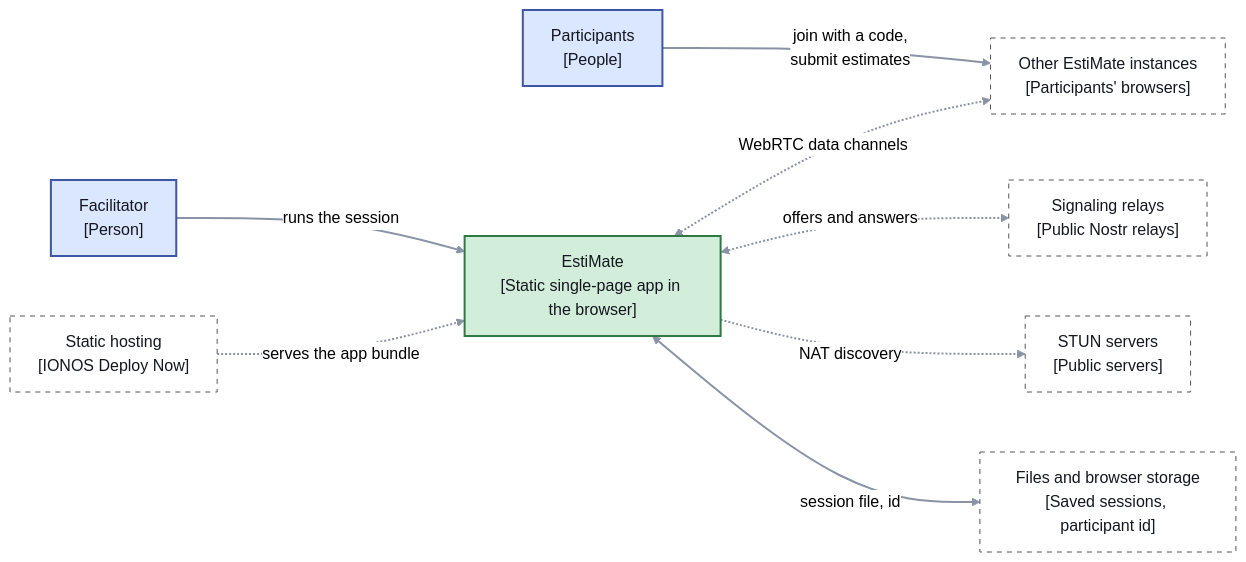
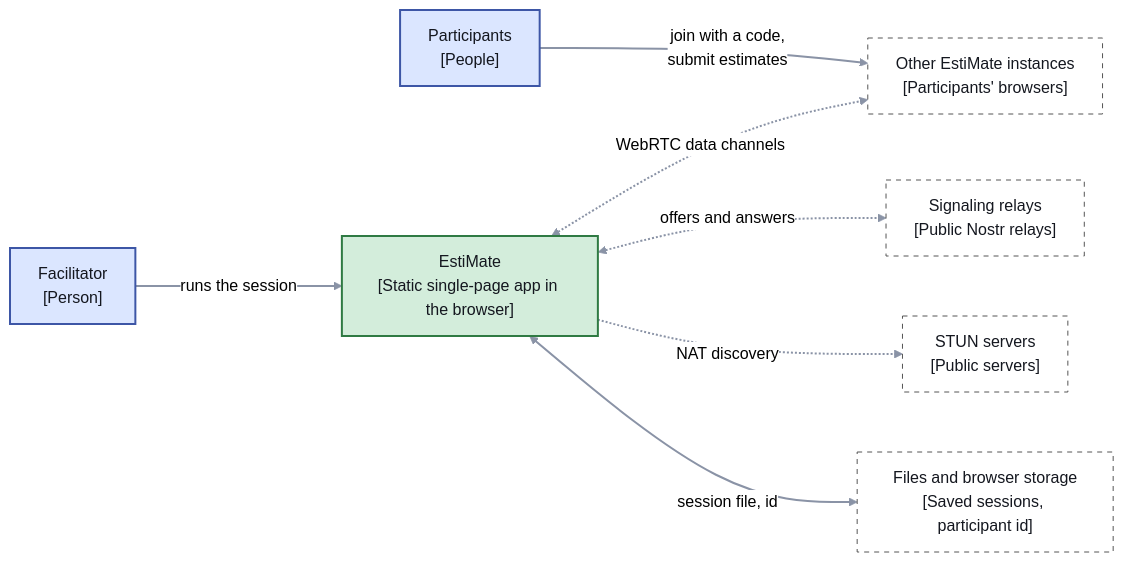
The first of 4 diagrams in docs/architecture.md (cfisch3r/estimate), drawn with Mermaid (neutral theme) before and after one commit. The commit also changed other lines of this file, not shown here.

Commit message:
docs: move static hosting from the context view to a deployment diagram

````diff
--- a/docs/architecture.md
+++ b/docs/architecture.md
@@ -48,26 +48,24 @@
 ```mermaid
 %%{init: {"flowchart": {"nodeSpacing": 60, "rankSpacing": 90, "padding": 14}}}%%
 flowchart LR
   Fac["Facilitator<br/>[Person]"]
   Par["Participants<br/>[People]"]
   App["EstiMate<br/>[Static single-page app in the browser]"]
   Peers["Other EstiMate instances<br/>[Participants' browsers]"]
   Relays["Signaling relays<br/>[Public Nostr relays]"]
   Stun["STUN servers<br/>[Public servers]"]
-  Host["Static hosting<br/>[IONOS Deploy Now]"]
   Files["Files and browser storage<br/>[Saved sessions, participant id]"]
   Fac -->|runs the session| App
   Par -->|join with a code,<br/>submit estimates| Peers
-  Host -.->|serves the app bundle| App
   App <-.->|WebRTC data channels| Peers
   App <-.->|offers and answers| Relays
   App -.->|NAT discovery| Stun
   App <-->|session file, id| Files
   linkStyle default stroke:#8a93a6,stroke-width:2px
   classDef person fill:#dbe6ff,stroke:#3d56a6,stroke-width:2px,color:#14171f
   classDef sys fill:#d3eddb,stroke:#2f7a43,stroke-width:2px,color:#14171f
   classDef ext fill:#ffffff,stroke:#555555,color:#14171f,stroke-dasharray: 5 5
   class Fac,Par person
   class App sys
-  class Peers,Relays,Stun,Host,Files ext
+  class Peers,Relays,Stun,Files ext
 ```
````
